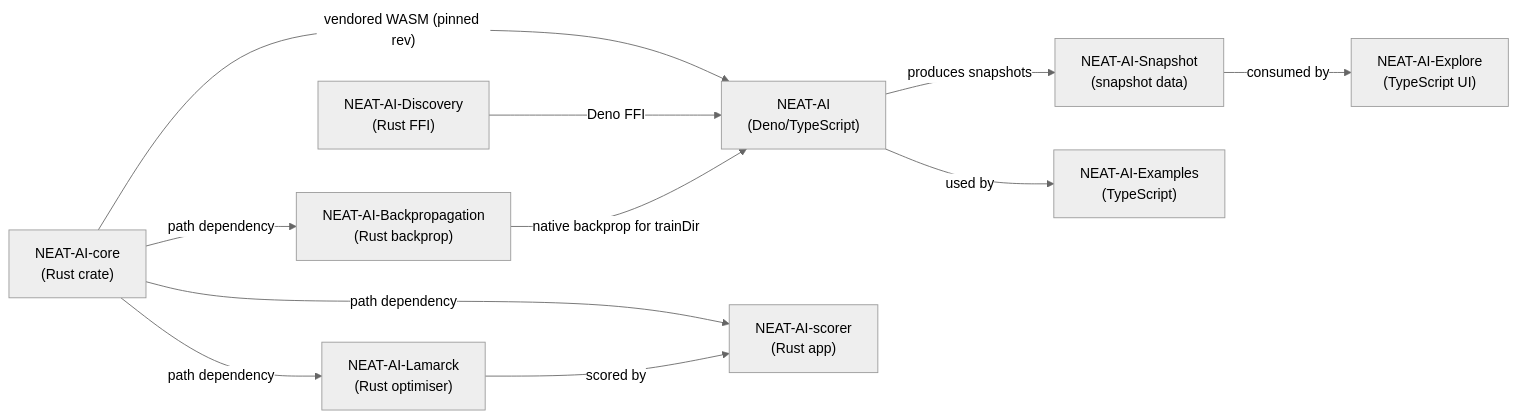
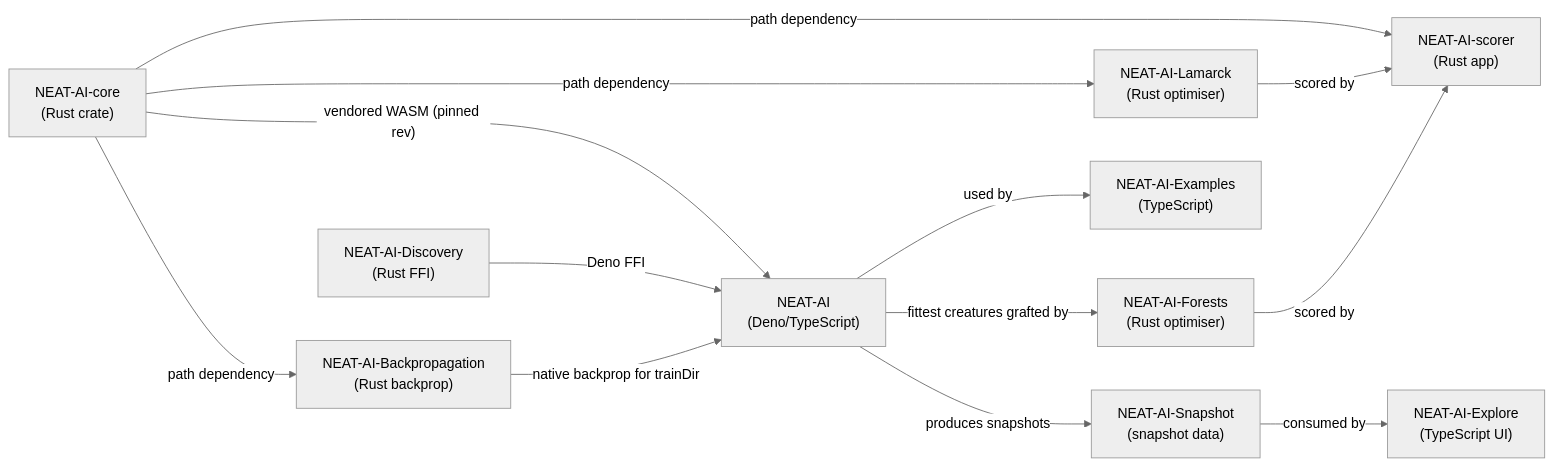
One commit to stSoftwareAU/NEAT-AI changed the third of 3 diagrams in README.md. Above: the diagram before and after it, drawn with Mermaid (neutral theme). The commit also changed other lines of this file and 1 other file, not shown here.

First line of the commit message:
fix: commit the missing NEAT-AI-Forests previews (PR #3804 CI)

````diff
--- a/README.md
+++ b/README.md
@@ -318,23 +319,26 @@
 ```mermaid
 flowchart LR
   core["NEAT-AI-core<br/>(Rust crate)"]
   discovery["NEAT-AI-Discovery<br/>(Rust FFI)"]
   neat["NEAT-AI<br/>(Deno/TypeScript)"]
   snapshot["NEAT-AI-Snapshot<br/>(snapshot data)"]
   scorer["NEAT-AI-scorer<br/>(Rust app)"]
   backprop["NEAT-AI-Backpropagation<br/>(Rust backprop)"]
   lamarck["NEAT-AI-Lamarck<br/>(Rust optimiser)"]
   explore["NEAT-AI-Explore<br/>(TypeScript UI)"]
   examples["NEAT-AI-Examples<br/>(TypeScript)"]
+  forests["NEAT-AI-Forests<br/>(Rust optimiser)"]
 
   core -- "vendored WASM (pinned rev)" --> neat
   core -- "path dependency" --> scorer
   core -- "path dependency" --> backprop
   core -- "path dependency" --> lamarck
   discovery -- "Deno FFI" --> neat
   backprop -- "native backprop for trainDir" --> neat
   lamarck -- "scored by" --> scorer
+  neat -- "fittest creatures grafted by" --> forests
+  forests -- "scored by" --> scorer
   neat -- "produces snapshots" --> snapshot
   snapshot -- "consumed by" --> explore
   neat -- "used by" --> examples
 ```
````
